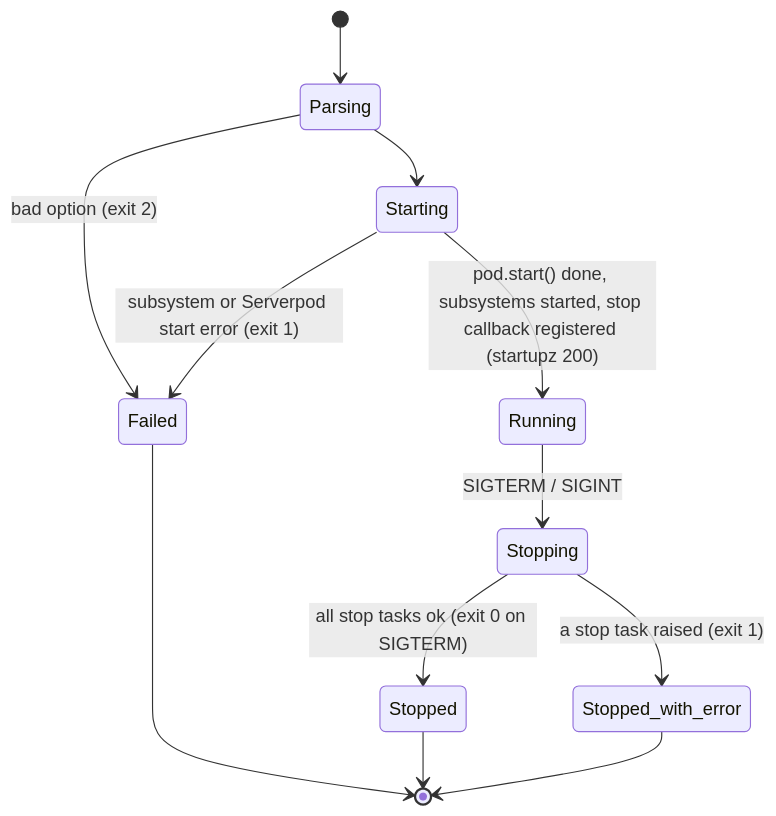
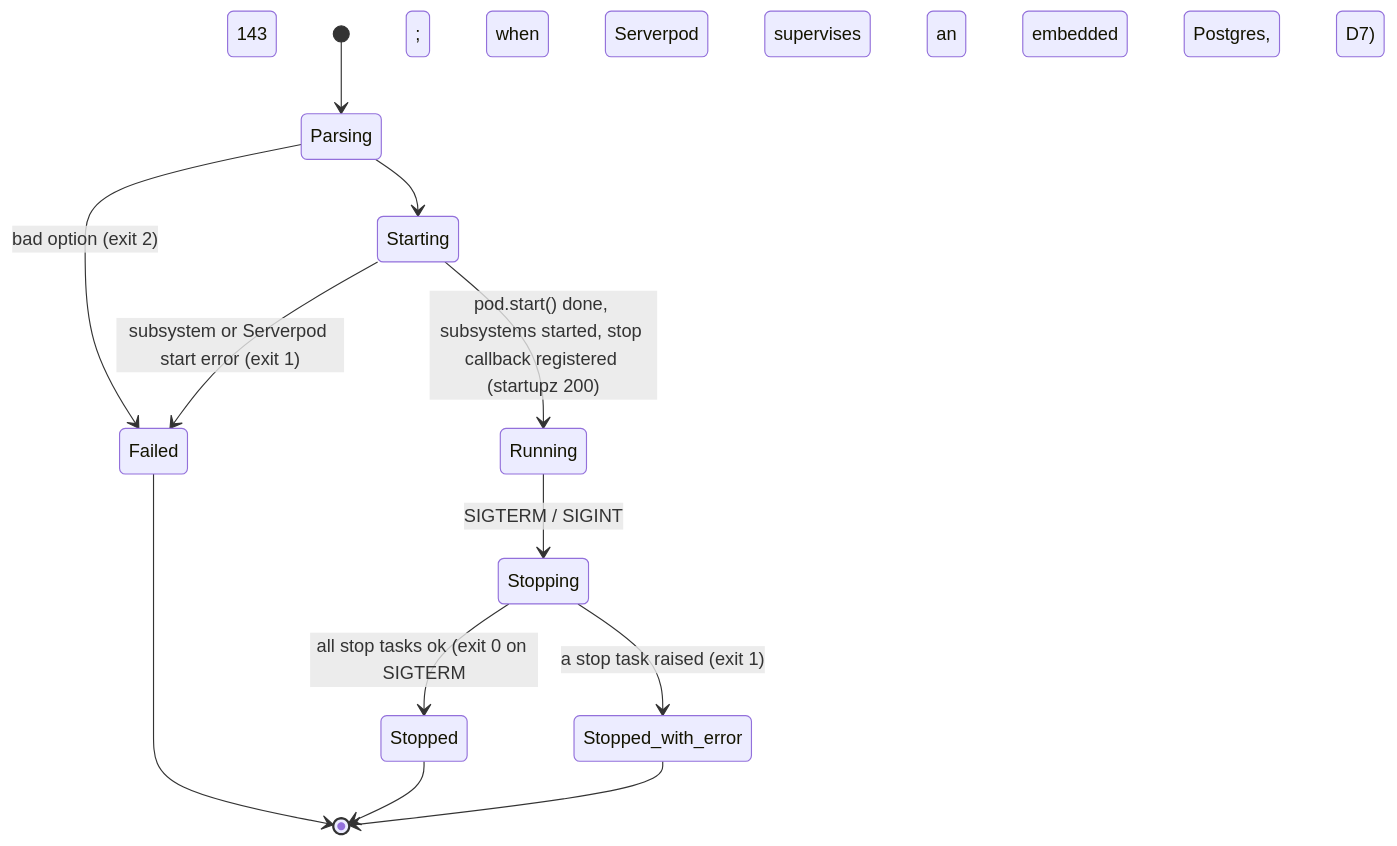
The second of 3 diagrams in openspec/changes/bootstrap-workspace/design.md (sh1ny/correlia), drawn with Mermaid before and after one commit. The commit also changed other lines of this file and 2 other files, not shown here.

````diff
--- a/openspec/changes/bootstrap-workspace/design.md
+++ b/openspec/changes/bootstrap-workspace/design.md
@@ -353,14 +380,14 @@
 ```mermaid
 stateDiagram-v2
   [*] --> Parsing
   Parsing --> Failed: bad option (exit 2)
   Parsing --> Starting
   Starting --> Failed: subsystem or Serverpod start error (exit 1)
   Starting --> Running: pod.start() done, subsystems started, stop callback registered (startupz 200)
   Running --> Stopping: SIGTERM / SIGINT
-  Stopping --> Stopped: all stop tasks ok (exit 0 on SIGTERM)
+  Stopping --> Stopped: all stop tasks ok (exit 0 on SIGTERM; 143 when Serverpod supervises an embedded Postgres, D7)
   Stopping --> Stopped_with_error: a stop task raised (exit 1)
   Failed --> [*]
   Stopped --> [*]
   Stopped_with_error --> [*]
 ```
````
